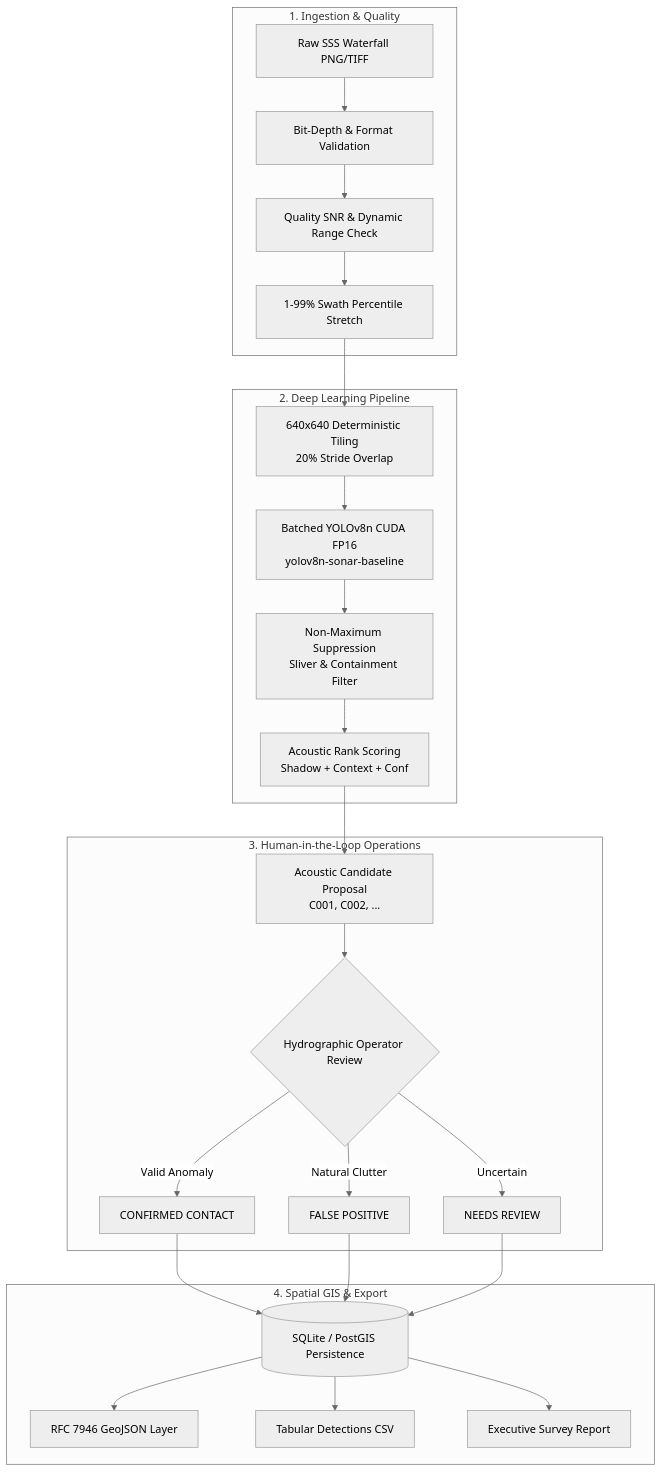
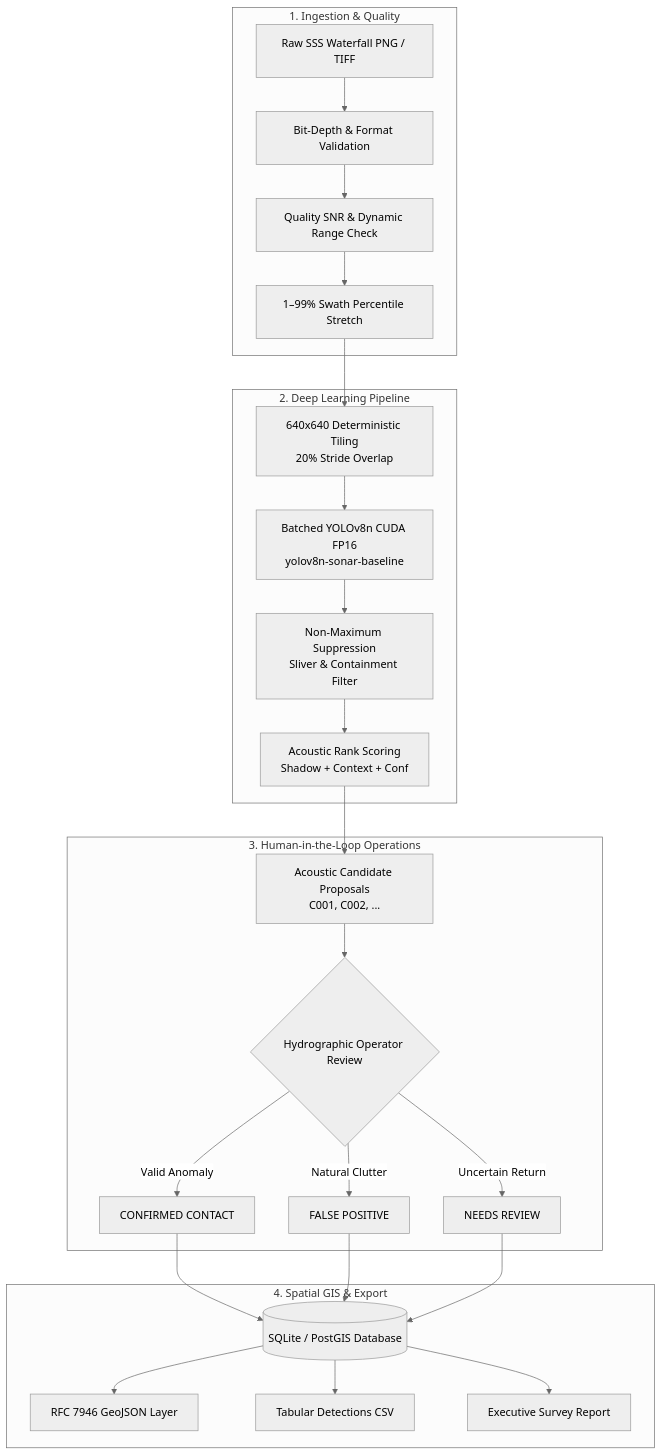
Before and after one commit to salmonangelo/Sonar-Intel: the diagram in README.md, drawn with Mermaid (neutral theme).

Commit message:
fix(docs): resolve GitHub Mermaid diagram syntax with valid node quoting and HTML linebreaks

````diff
--- a/README.md
+++ b/README.md
@@ -154,30 +154,32 @@
 ```mermaid
 flowchart TD
-    subgraph INGESTION ["1. Ingestion & Quality"]
-        A[Raw SSS Waterfall PNG/TIFF] --> B[Bit-Depth & Format Validation]
-        B --> C[Quality SNR & Dynamic Range Check]
-        C --> D[1-99% Swath Percentile Stretch]
+    subgraph INGESTION["1. Ingestion & Quality"]
+        A["Raw SSS Waterfall PNG / TIFF"] --> B["Bit-Depth & Format Validation"]
+        B --> C["Quality SNR & Dynamic Range Check"]
+        C --> D["1–99% Swath Percentile Stretch"]
     end
 
-    subgraph DETECTION ["2. Deep Learning Pipeline"]
-        D --> E[640x640 Deterministic Tiling\n20% Stride Overlap]
-        E --> F[Batched YOLOv8n CUDA FP16\nyolov8n-sonar-baseline]
-        F --> G[Non-Maximum Suppression\nSliver & Containment Filter]
-        G --> H[Acoustic Rank Scoring\nShadow + Context + Conf]
+    subgraph DETECTION["2. Deep Learning Pipeline"]
+        D --> E["640x640 Deterministic Tiling<br/>20% Stride Overlap"]
+        E --> F["Batched YOLOv8n CUDA FP16<br/>yolov8n-sonar-baseline"]
+        F --> G["Non-Maximum Suppression<br/>Sliver & Containment Filter"]
+        G --> H["Acoustic Rank Scoring<br/>Shadow + Context + Conf"]
     end
 
-    subgraph TRIAGE ["3. Human-in-the-Loop Operations"]
-        H --> I[Acoustic Candidate Proposal\nC001, C002, ...]
-        I --> J{Hydrographic Operator Review}
-        J -->|Valid Anomaly| K[CONFIRMED CONTACT]
-        J -->|Natural Clutter| L[FALSE POSITIVE]
-        J -->|Uncertain| M[NEEDS REVIEW]
+    subgraph TRIAGE["3. Human-in-the-Loop Operations"]
+        H --> I["Acoustic Candidate Proposals<br/>C001, C002, ..."]
+        I --> J{"Hydrographic Operator Review"}
+        J -->|"Valid Anomaly"| K["CONFIRMED CONTACT"]
+        J -->|"Natural Clutter"| L["FALSE POSITIVE"]
+        J -->|"Uncertain Return"| M["NEEDS REVIEW"]
     end
 
-    subgraph PERSISTENCE ["4. Spatial GIS & Export"]
-        K & L & M --> N[(SQLite / PostGIS Persistence)]
-        N --> O[RFC 7946 GeoJSON Layer]
-        N --> P[Tabular Detections CSV]
-        N --> Q[Executive Survey Report]
+    subgraph PERSISTENCE["4. Spatial GIS & Export"]
+        K --> N[("SQLite / PostGIS Database")]
+        L --> N
+        M --> N
+        N --> O["RFC 7946 GeoJSON Layer"]
+        N --> P["Tabular Detections CSV"]
+        N --> Q["Executive Survey Report"]
     end
 ```
````
